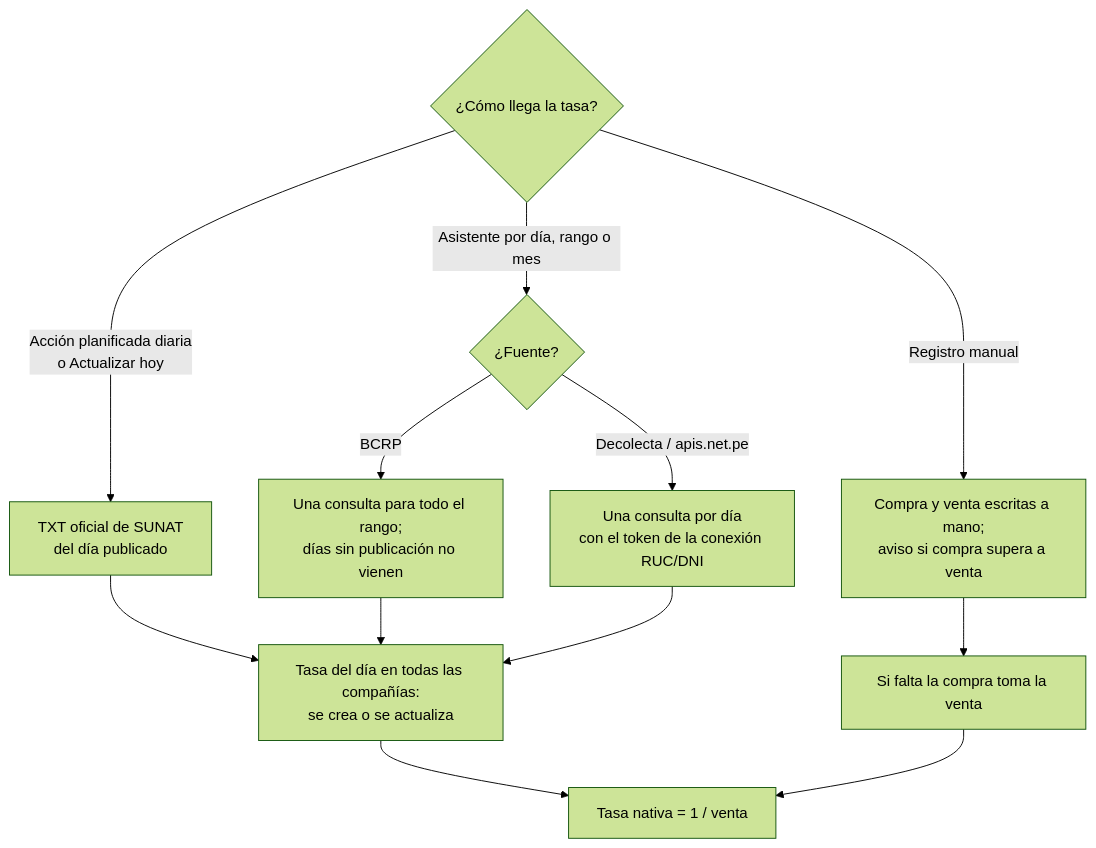
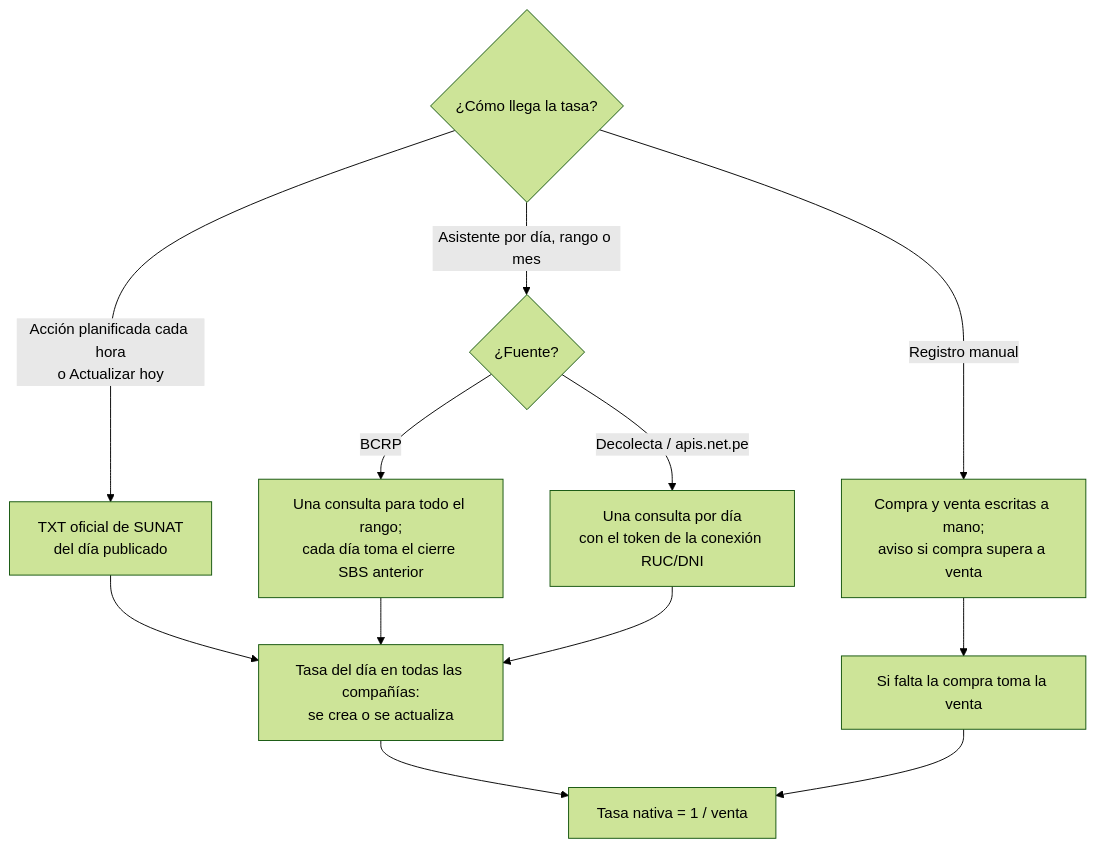
The diagram in OL-ACCOUNTING/al_l10n_pe_currency/static/description/diagramas/tasas.mmd (olanoit/ol_new_apps), drawn with Mermaid (forest theme) before and after one commit. The commit also changed 15 other files, not shown here.

First line of the commit message:
[FIX] al_l10n_pe_currency: fecha SUNAT de las tasas del BCRP y cron horario

```diff
--- a/OL-ACCOUNTING/al_l10n_pe_currency/static/description/diagramas/tasas.mmd
+++ b/OL-ACCOUNTING/al_l10n_pe_currency/static/description/diagramas/tasas.mmd
@@ -1,12 +1,12 @@
 flowchart TD
-  A{¿Cómo llega la tasa?} -- Acción planificada diaria<br/>o Actualizar hoy --> B[TXT oficial de SUNAT<br/>del día publicado]
+  A{¿Cómo llega la tasa?} -- Acción planificada cada hora<br/>o Actualizar hoy --> B[TXT oficial de SUNAT<br/>del día publicado]
   A -- Asistente por día, rango o mes --> C{¿Fuente?}
-  C -- BCRP --> D[Una consulta para todo el rango;<br/>días sin publicación no vienen]
+  C -- BCRP --> D[Una consulta para todo el rango;<br/>cada día toma el cierre SBS anterior]
   C -- "Decolecta / apis.net.pe" --> E[Una consulta por día<br/>con el token de la conexión RUC/DNI]
   A -- Registro manual --> F[Compra y venta escritas a mano;<br/>aviso si compra supera a venta]
   B --> G[Tasa del día en todas las compañías:<br/>se crea o se actualiza]
   D --> G
   E --> G
   F --> H[Si falta la compra toma la venta]
   G --> I[Tasa nativa = 1 / venta]
   H --> I
```
